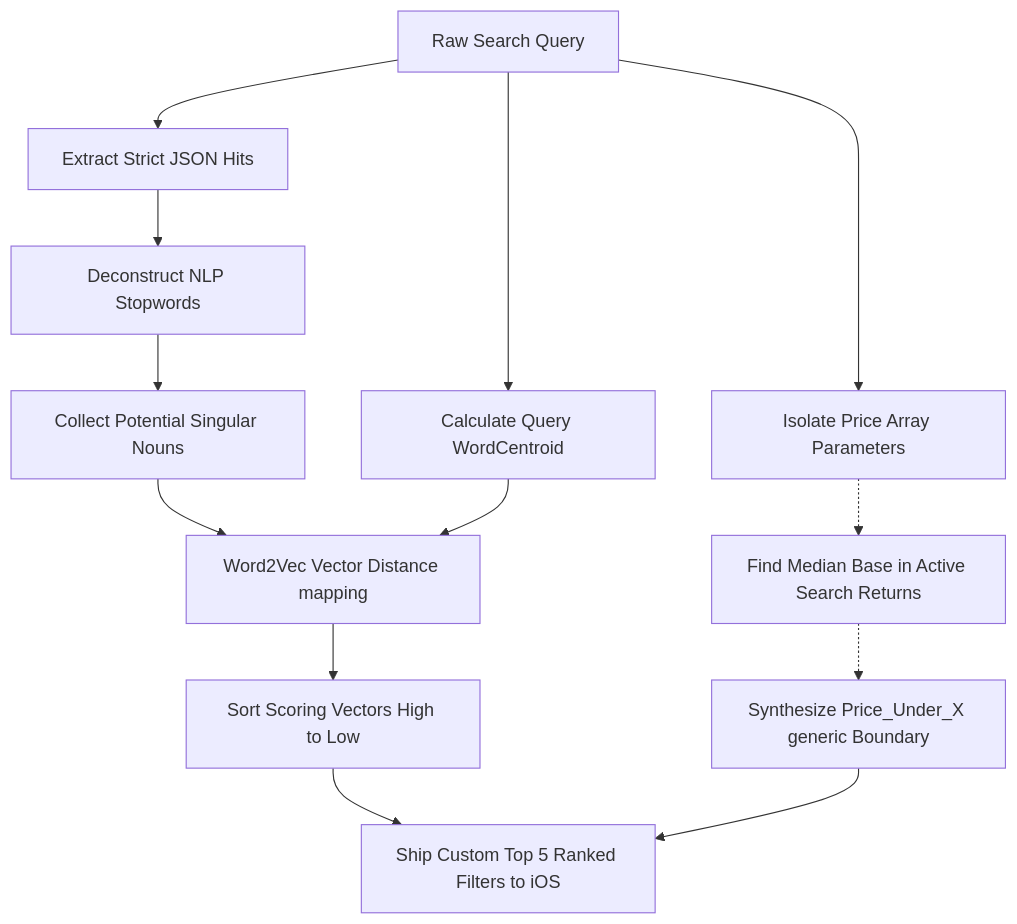
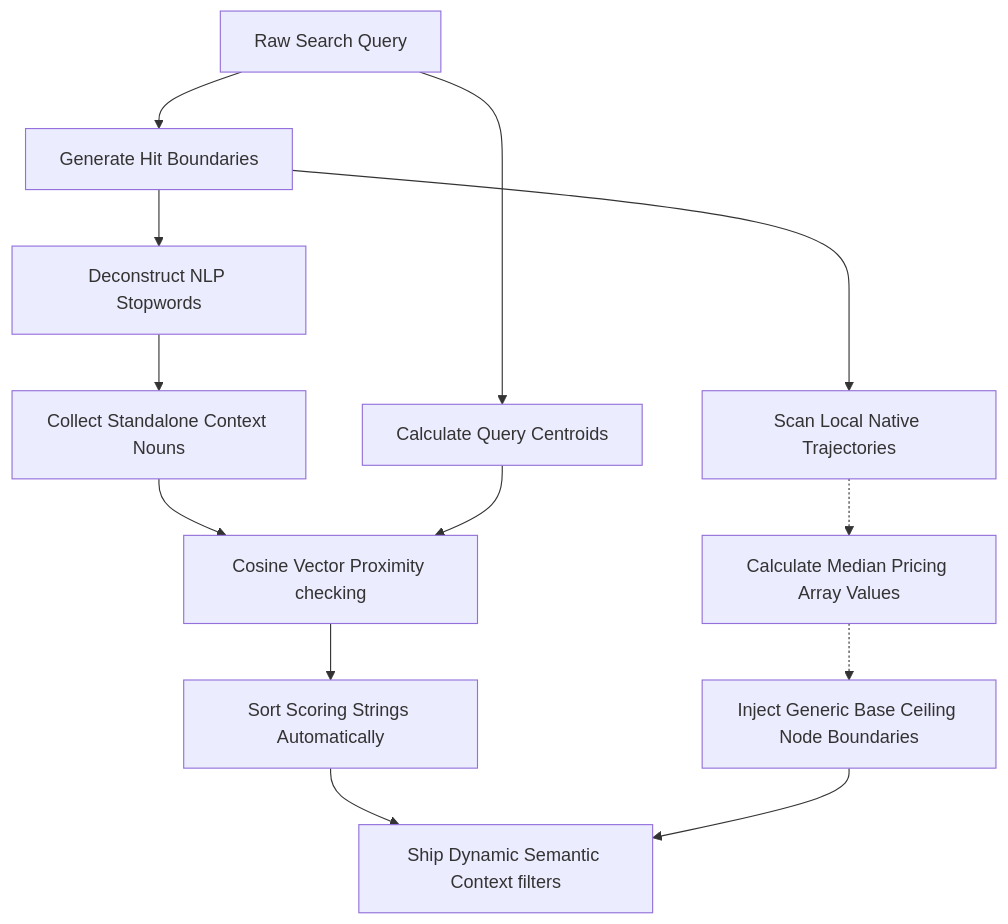
Before and after one commit to 404Nikhil/ios-ml-apk: the third of 3 diagrams in README.md, drawn with Mermaid. The commit also changed other lines of this file, not shown here.

````diff
--- a/README.md
+++ b/README.md
@@ -72,15 +88,15 @@
 ```mermaid
 graph TD
-    A[Raw Search Query] --> B[Extract Strict JSON Hits]
-    A --> C[Calculate Query WordCentroid]
+    A[Raw Search Query] --> B[Generate Hit Boundaries]
+    A --> C[Calculate Query Centroids]
     B --> D[Deconstruct NLP Stopwords]
-    D --> E[Collect Potential Singular Nouns]
-    E --> F[Word2Vec Vector Distance mapping]
+    D --> E[Collect Standalone Context Nouns]
+    E --> F[Cosine Vector Proximity checking]
     C --> F
-    F --> G[Sort Scoring Vectors High to Low]
-    A --> H[Isolate Price Array Parameters]
-    H -.-> I[Find Median Base in Active Search Returns]
-    I -.-> J[Synthesize Price_Under_X generic Boundary]
-    G --> K[Ship Custom Top 5 Ranked Filters to iOS]
+    F --> G[Sort Scoring Strings Automatically]
+    B --> H[Scan Local Native Trajectories]
+    H -.-> I[Calculate Median Pricing Array Values]
+    I -.-> J[Inject Generic Base Ceiling Node Boundaries]
+    G --> K[Ship Dynamic Semantic Context filters]
     J --> K
 ```
````
